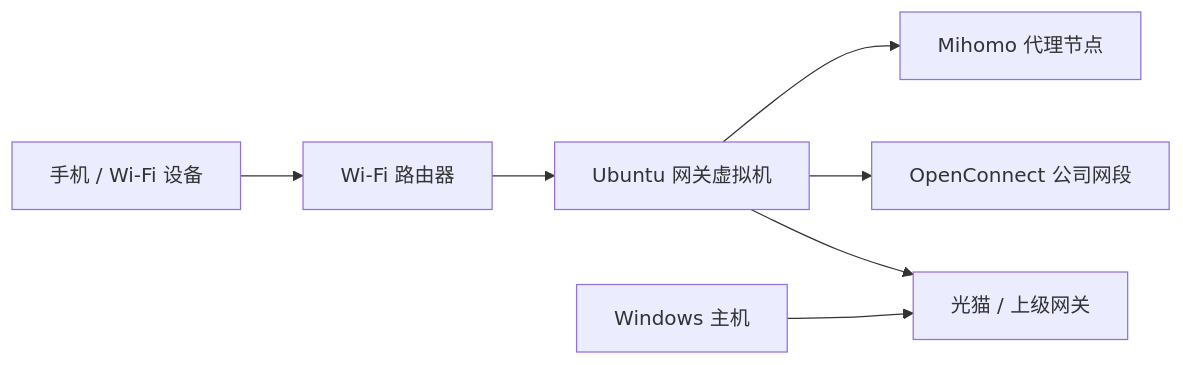
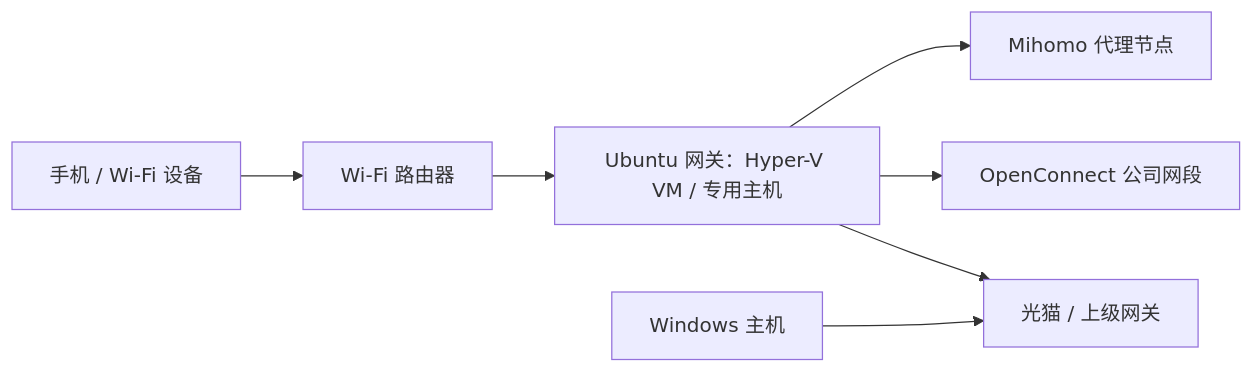
Before and after one commit to oraluben/home-gateway: the diagram in README.md, drawn with Mermaid. The commit also changed other lines of this file and 35 other files, not shown here.

````diff
--- a/README.md
+++ b/README.md
@@ -5,9 +5,9 @@
 ```mermaid
 flowchart LR
   WiFi[手机 / Wi-Fi 设备] --> Router[Wi-Fi 路由器]
-  Router --> VM[Ubuntu 网关虚拟机]
+  Router --> VM[Ubuntu 网关：Hyper-V VM / 专用主机]
   VM --> Modem[光猫 / 上级网关]
   VM --> VPN[OpenConnect 公司网段]
   VM --> Proxy[Mihomo 代理节点]
   Windows[Windows 主机] --> Modem
 ```
````
